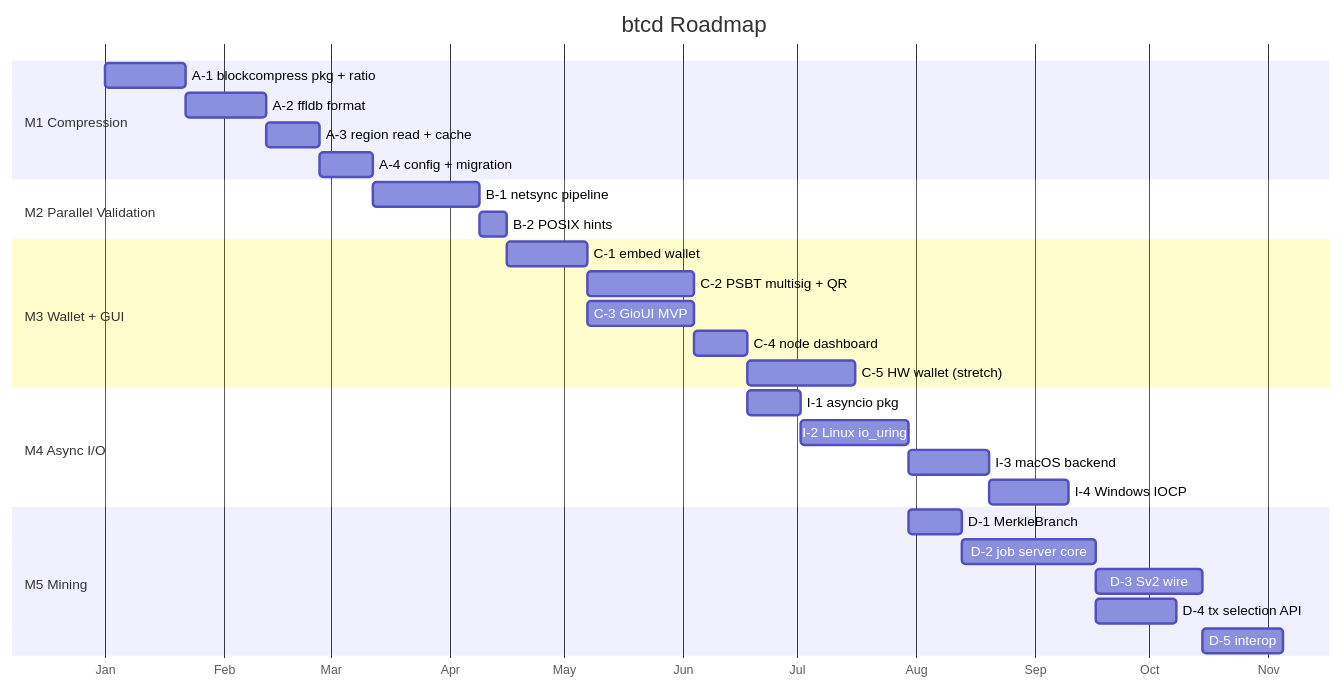
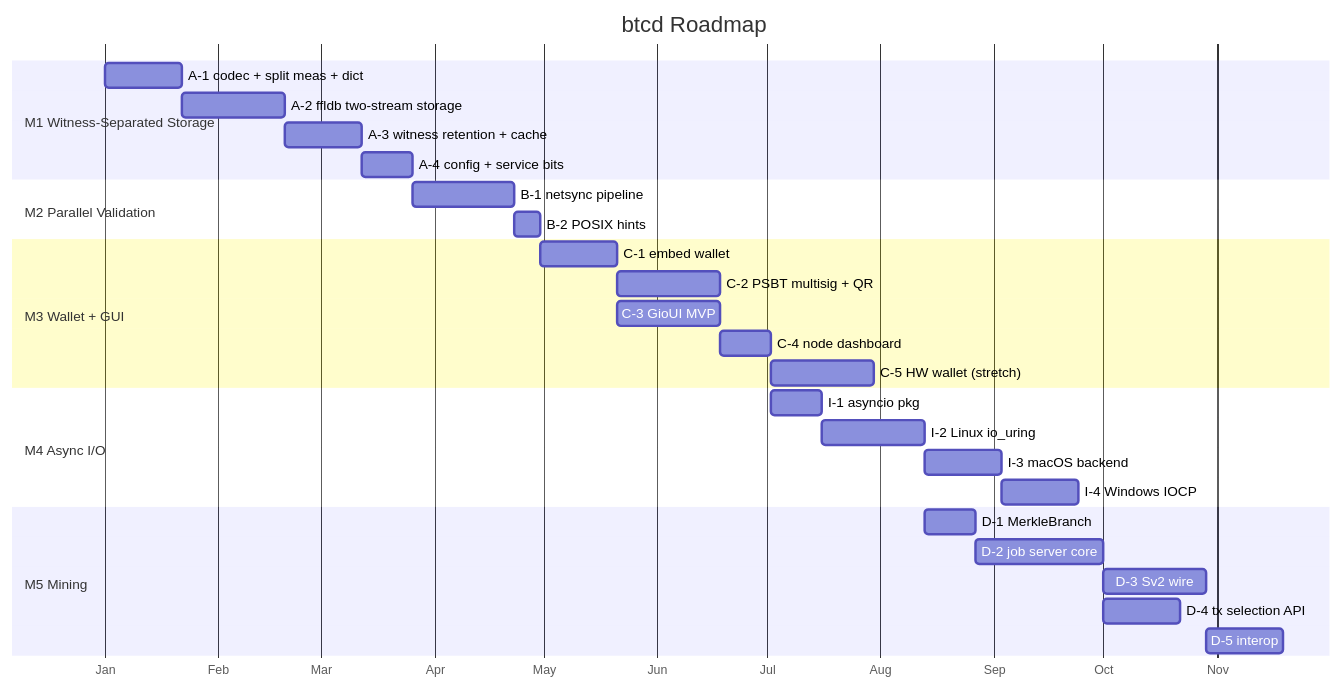
The second of 2 diagrams in docs/ROADMAP.md (btcsuite/btcd), drawn with Mermaid before and after one commit. The commit also changed other lines of this file and 3 other files, not shown here.

````diff
--- a/docs/ROADMAP.md
+++ b/docs/ROADMAP.md
@@ -432,36 +552,36 @@
 ```mermaid
 gantt
     title btcd Roadmap
     dateFormat YYYY-MM-DD
     axisFormat %b
 
-    section M1 Compression
-    A-1 blockcompress pkg + ratio   :m1a, 2026-01-01, 21d
-    A-2 ffldb format                :m1b, after m1a, 21d
-    A-3 region read + cache         :m1c, after m1b, 14d
-    A-4 config + migration          :m1d, after m1c, 14d
+    section M1 Witness-Separated Storage
+    A-1 codec + split meas + dict   :m1a, 2026-01-01, 21d
+    A-2 ffldb two-stream storage    :m1b, after m1a, 28d
+    A-3 witness retention + cache   :m1c, after m1b, 21d
+    A-4 config + service bits       :m1d, after m1c, 14d
 
     section M2 Parallel Validation
     B-1 netsync pipeline            :m2a, after m1d, 28d
     B-2 POSIX hints                 :m2b, after m2a, 7d
 
     section M3 Wallet + GUI
     C-1 embed wallet                :m3a, after m2b, 21d
     C-2 PSBT multisig + QR          :m3b, after m3a, 28d
     C-3 GioUI MVP                   :m3c, after m3a, 28d
     C-4 node dashboard              :m3d, after m3c, 14d
     C-5 HW wallet (stretch)         :m3e, after m3d, 28d
 
     section M4 Async I/O
     I-1 asyncio pkg                 :m4a, after m3d, 14d
     I-2 Linux io_uring              :m4b, after m4a, 28d
     I-3 macOS backend               :m4c, after m4b, 21d
     I-4 Windows IOCP                :m4d, after m4c, 21d
 
     section M5 Mining
     D-1 MerkleBranch                :m5a, after m4b, 14d
     D-2 job server core             :m5b, after m5a, 35d
     D-3 Sv2 wire                    :m5c, after m5b, 28d
     D-4 tx selection API            :m5d, after m5b, 21d
     D-5 interop                     :m5e, after m5c, 21d
 ```
````
